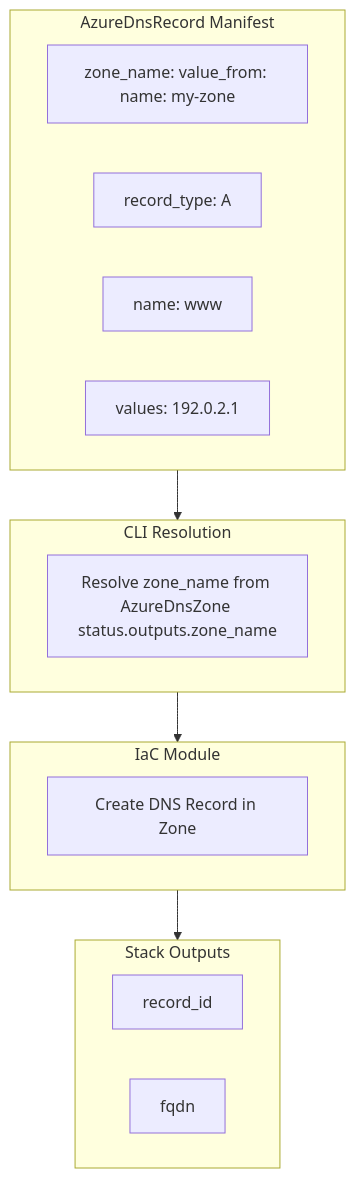
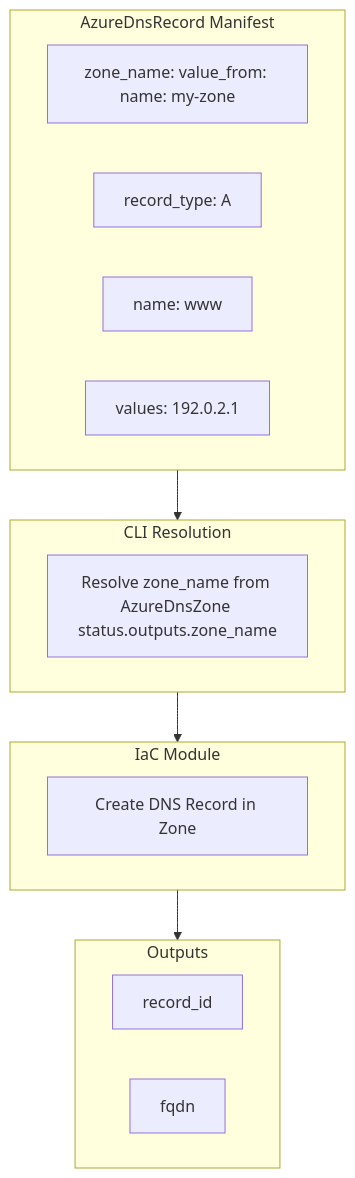
The diagram in _changelog/2026-01/2026-01-23-111443-azurednsrecord-zone-name-stringvalueorref.md (plantonhq/planton), drawn with Mermaid before and after one commit. The commit also changed other lines of this file and 19058 other files, not shown here.

First line of the commit message:
refactor: one word per idea across the catalog -- catalog kinds and catalog objects, InfraComponent, InfraStack, InfraJob, IacInput and Outputs

````diff
--- a/_changelog/2026-01/2026-01-23-111443-azurednsrecord-zone-name-stringvalueorref.md
+++ b/_changelog/2026-01/2026-01-23-111443-azurednsrecord-zone-name-stringvalueorref.md
@@ -33,26 +33,26 @@
 ```mermaid
 flowchart TB
     subgraph Input["AzureDnsRecord Manifest"]
         A[zone_name: value_from: name: my-zone]
         B[record_type: A]
         C[name: www]
         D[values: 192.0.2.1]
     end
     
     subgraph Resolution["CLI Resolution"]
         E[Resolve zone_name from AzureDnsZone status.outputs.zone_name]
     end
     
     subgraph IaC["IaC Module"]
         F[Create DNS Record in Zone]
     end
     
-    subgraph Outputs["Stack Outputs"]
+    subgraph Outputs["Outputs"]
         G[record_id]
         H[fqdn]
     end
     
     Input --> Resolution
     Resolution --> IaC
     IaC --> Outputs
 ```
````
